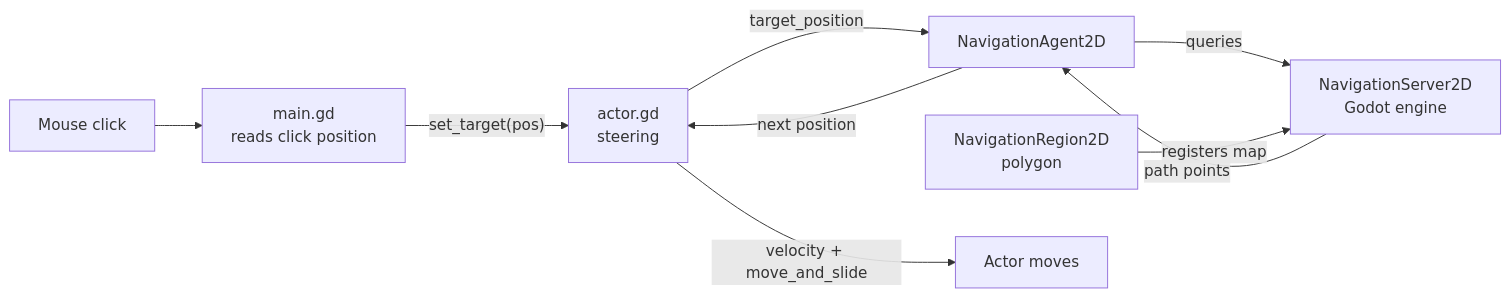
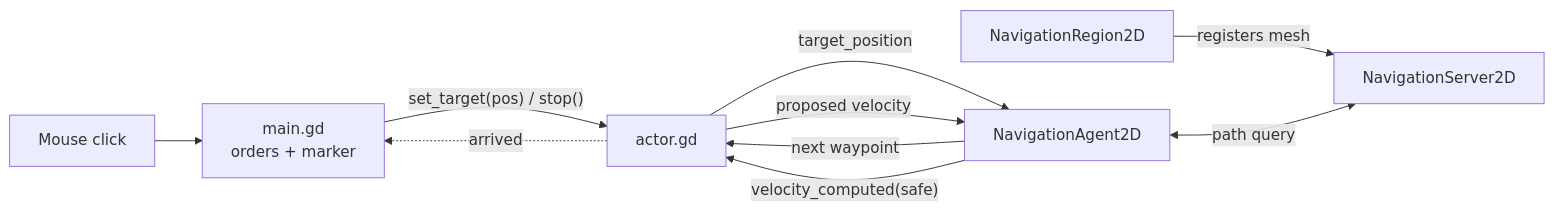
One commit to JoshuaOmosa/apex-tactics changed the second of 3 diagrams in README.md. Above: the diagram before and after it, drawn with Mermaid. The commit also changed other lines of this file and 5 other files, not shown here.

First line of the commit message:
feat: route around the block, avoidance, move/stop controls, marker

````diff
--- a/README.md
+++ b/README.md
@@ -70,11 +64,12 @@
 ```mermaid
 flowchart LR
-    Mouse["Mouse click"] --> M["main.gd<br/>reads click position"]
-    M -->|"set_target(pos)"| A["actor.gd<br/>steering"]
+    Mouse["Mouse click"] --> M["main.gd<br/>orders + marker"]
+    M -->|"set_target(pos) / stop()"| A["actor.gd"]
     A -->|"target_position"| N["NavigationAgent2D"]
-    N -->|"queries"| S["NavigationServer2D<br/>Godot engine"]
-    R["NavigationRegion2D<br/>polygon"] -->|"registers map"| S
-    S -->|"path points"| N
-    N -->|"next position"| A
-    A -->|"velocity + move_and_slide"| Body["Actor moves"]
+    R["NavigationRegion2D"] -->|"registers mesh"| S["NavigationServer2D"]
+    N <-->|"path query"| S
+    N -->|"next waypoint"| A
+    A -->|"proposed velocity"| N
+    N -->|"velocity_computed(safe)"| A
+    A -.->|"arrived"| M
 ```
````
